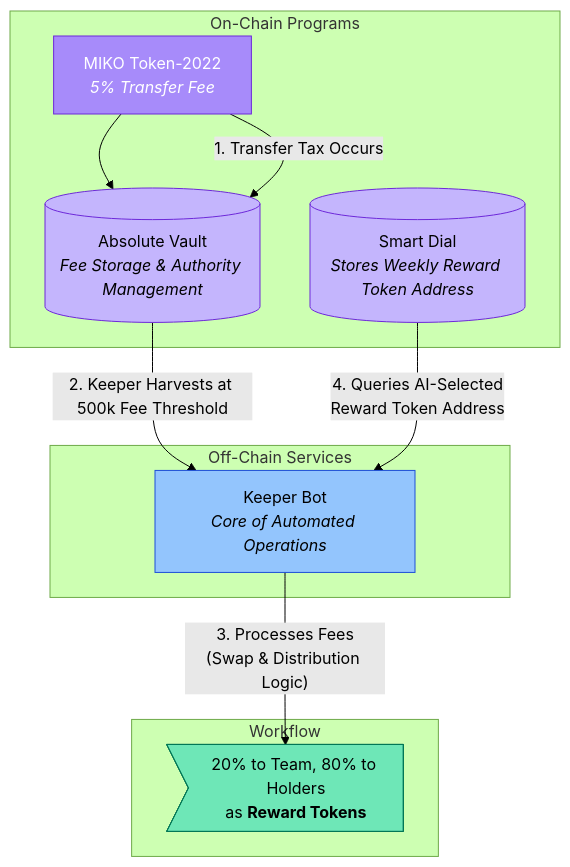
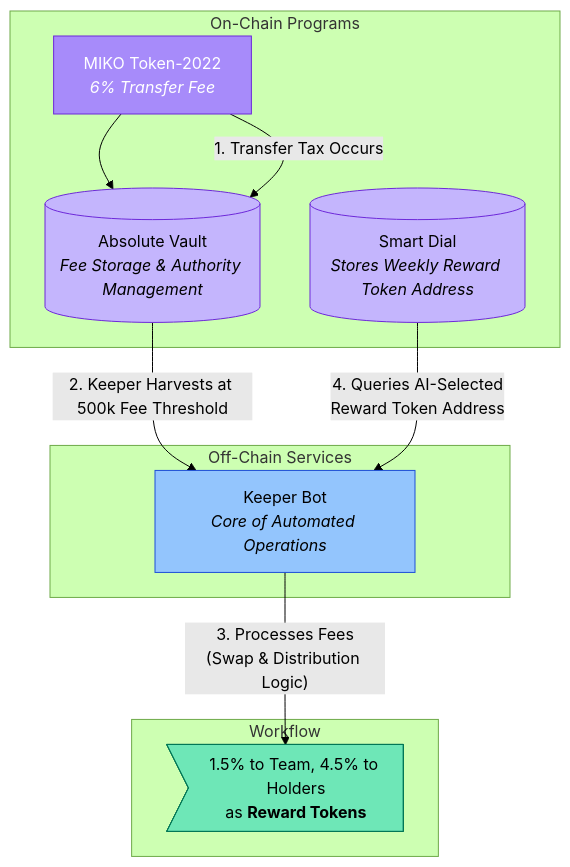
One commit to Miko-Protocol/docs changed the diagram in docs/technical-architecture/smart-contracts.md. Above: the diagram before and after it, drawn with Mermaid (forest theme). The commit also changed other lines of this file and 8 other files, not shown here.

````diff
--- a/docs/technical-architecture/smart-contracts.md
+++ b/docs/technical-architecture/smart-contracts.md
@@ -9,23 +9,23 @@
 ```mermaid
 graph TD
     subgraph "On-Chain Programs"
-        A["MIKO Token-2022<br><i>5% Transfer Fee</i>"] --> B
+        A["MIKO Token-2022<br><i>6% Transfer Fee</i>"] --> B
         B[("Absolute Vault<br><i>Fee Storage & Authority Management</i>")]
         C[("Smart Dial<br><i>Stores Weekly Reward Token Address</i>")]
     end
     subgraph "Off-Chain Services"
         D["Keeper Bot<br><i>Core of Automated Operations</i>"]
     end
     subgraph "Workflow"
         A -- "1#46; Transfer Tax Occurs" --> B
         B -- "2#46; Keeper Harvests at 500k Fee Threshold" --> D
         C -- "4#46; Queries AI-Selected<br>Reward Token Address" --> D
         D -- "3#46; Processes Fees<br>(Swap & Distribution Logic)" --> E
-        E>"20% to Team, 80% to Holders<br>as <b>Reward Tokens</b>"]
+        E>"1.5% to Team, 4.5% to Holders<br>as <b>Reward Tokens</b>"]
     end
     style A fill:#a78bfa,stroke:#6d28d9,color:#fff
     style B fill:#c4b5fd,stroke:#6d28d9
     style C fill:#c4b5fd,stroke:#6d28d9
     style D fill:#93c5fd,stroke:#1d4ed8,color:#000
     style E fill:#6ee7b7,stroke:#047857
 ```
````
